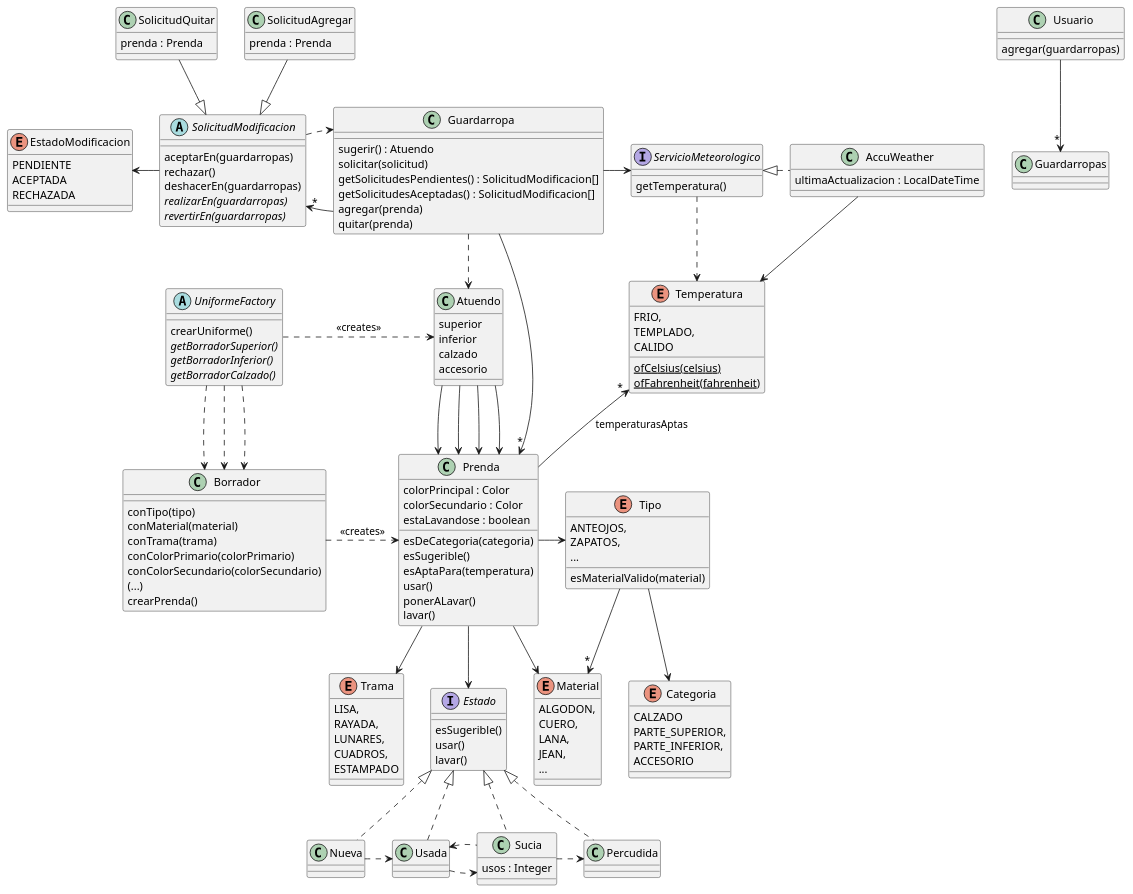
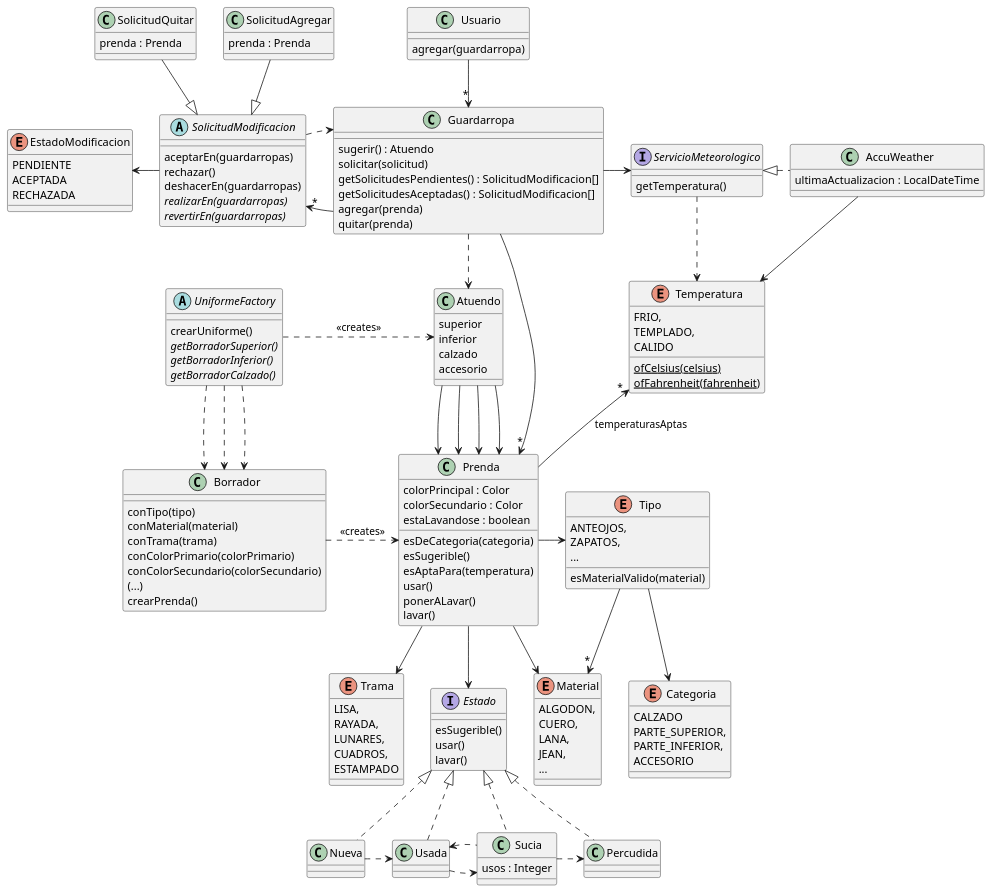
The diagram in docs/diagramas/iteracion-5.puml (RaniAgus/dds-2022), drawn with PlantUML before and after one commit. The commit also changed 1 other file, not shown here.

Commit message:
corrijo error en diagrama al renombrar a Guardarropa

```diff
--- a/docs/diagramas/iteracion-5.puml
+++ b/docs/diagramas/iteracion-5.puml
@@ -1,180 +1,180 @@
 @startuml iteracion-5
 
 class Usuario {
-    agregar(guardarropas)
+    agregar(guardarropa)
 }
 
-Usuario --> "*" Guardarropas
+Usuario --> "*" Guardarropa
 
 class Guardarropa {
   sugerir() : Atuendo
   solicitar(solicitud)
   getSolicitudesPendientes() : SolicitudModificacion[]
   getSolicitudesAceptadas() : SolicitudModificacion[]
   agregar(prenda)
   quitar(prenda)
 }
 
 Guardarropa ..> Atuendo
 Guardarropa -right-> "*" Prenda
 Guardarropa -right-> ServicioMeteorologico
 Guardarropa -left-> "*" SolicitudModificacion
 
 abstract class SolicitudModificacion {
     aceptarEn(guardarropas)
     rechazar()
     deshacerEn(guardarropas)
     {abstract} realizarEn(guardarropas)
     {abstract} revertirEn(guardarropas)
 }
 
 SolicitudModificacion ..> Guardarropa
 SolicitudModificacion -left-> EstadoModificacion
 
 enum EstadoModificacion {
     PENDIENTE
     ACEPTADA
     RECHAZADA
 }
 
 SolicitudModificacion <|-up- SolicitudAgregar
 SolicitudModificacion <|-up- SolicitudQuitar
 
 class SolicitudAgregar {
     prenda : Prenda
 }
 
 class SolicitudQuitar {
     prenda : Prenda
 }
 
 interface ServicioMeteorologico {
     getTemperatura()
 }
 
 ServicioMeteorologico ..> Temperatura
 
 ServicioMeteorologico <|.right. AccuWeather
 
 class AccuWeather {
     ultimaActualizacion : LocalDateTime
 }
 
 AccuWeather --> Temperatura
 
 enum Temperatura {
     FRIO,
     TEMPLADO,
     CALIDO
     {static} ofCelsius(celsius)
     {static} ofFahrenheit(fahrenheit)
 }
 
 abstract UniformeFactory {
   crearUniforme()
   {abstract} getBorradorSuperior()
   {abstract} getBorradorInferior()
   {abstract} getBorradorCalzado()
 }
 
 UniformeFactory .right.> Atuendo : <<creates>>
 UniformeFactory ..> Borrador
 UniformeFactory ..> Borrador
 UniformeFactory ..> Borrador
 
 class Atuendo {
    superior
    inferior
    calzado
    accesorio
 }
 
 Atuendo --> Prenda
 Atuendo --> Prenda
 Atuendo --> Prenda
 Atuendo --> Prenda
 
 class Borrador {
   conTipo(tipo)
   conMaterial(material)
   conTrama(trama)
   conColorPrimario(colorPrimario)
   conColorSecundario(colorSecundario)
   (...)
   crearPrenda()
 }
 
 Borrador .right.> Prenda : <<creates>>
 
 class Prenda {
  colorPrincipal : Color
  colorSecundario : Color
  estaLavandose : boolean
  esDeCategoria(categoria)
  esSugerible()
  esAptaPara(temperatura)
  usar()
  ponerALavar()
  lavar()
 }
 
 Prenda -up-> "*" Temperatura : "temperaturasAptas"
 Prenda -right-> Tipo
 Prenda --> Material
 Prenda --> Trama
 Prenda --> Estado
 
 enum Material {
   ALGODON,
   CUERO,
   LANA,
   JEAN,
   ...
 }
 
 enum Trama {
   LISA,
   RAYADA,
   LUNARES,
   CUADROS,
   ESTAMPADO
 }
 
 enum Tipo {
   ANTEOJOS,
   ZAPATOS,
   ...
   esMaterialValido(material)
 }
 
 Tipo --> "*" Material
 Tipo --> Categoria
 
 enum Categoria {
   CALZADO
   PARTE_SUPERIOR,
   PARTE_INFERIOR,
   ACCESORIO
 }
 
 interface Estado {
  esSugerible()
  usar()
  lavar()
 }
 
 Estado <|.. Nueva
 Estado <|.. Usada
 Estado <|.. Sucia
 Estado <|.. Percudida
 
 Nueva .right.> Usada
 Usada .right.> Sucia
 Sucia .left.> Usada
 Sucia .right.> Percudida
 
 class Sucia {
   usos : Integer
 }
 
 @enduml
```
